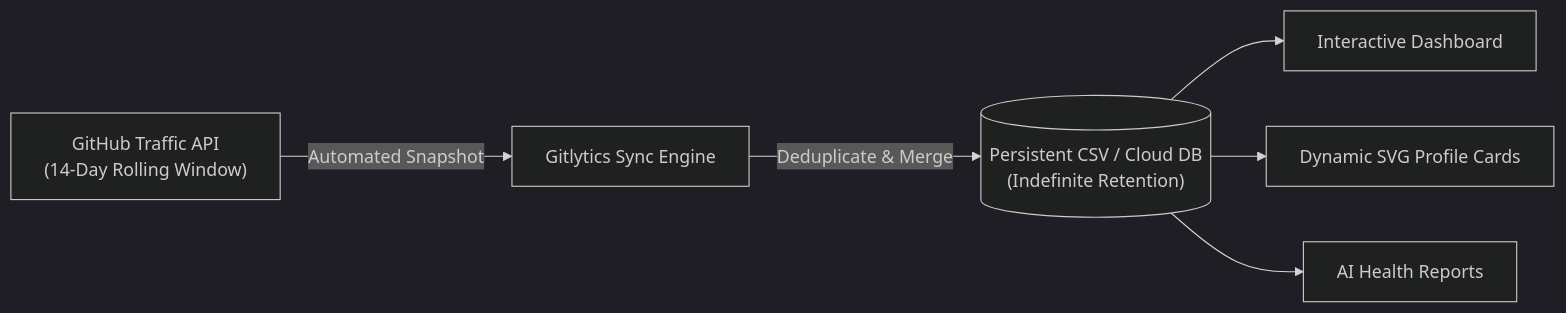
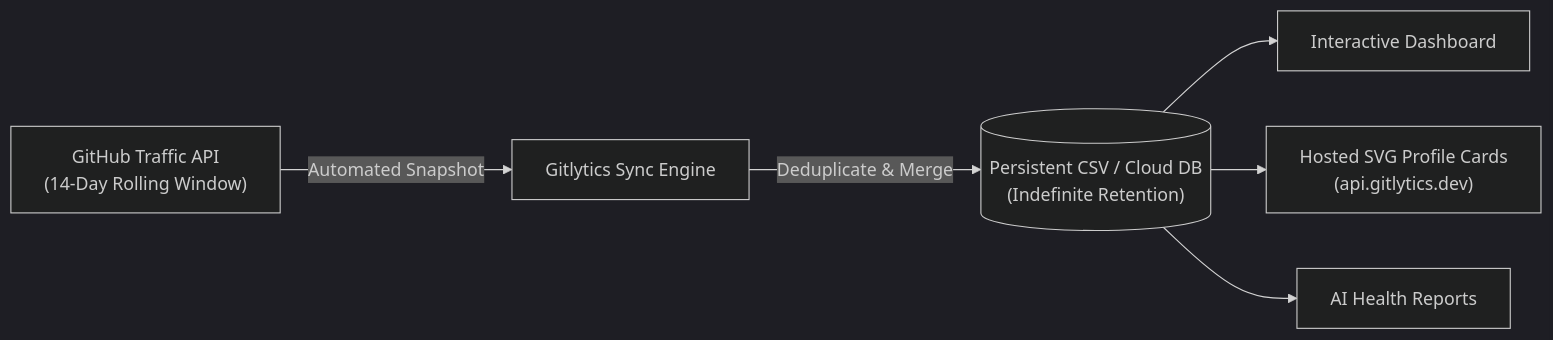
The diagram in README.md (ameyachopade/gitlytics), drawn with Mermaid (dark theme) before and after one commit. The commit also changed other lines of this file and 78 other files, not shown here.

````diff
--- a/README.md
+++ b/README.md
@@ -190,8 +152,8 @@
 ```mermaid
 flowchart LR
     A["GitHub Traffic API\n(14-Day Rolling Window)"] -->|Automated Snapshot| B["Gitlytics Sync Engine"]
     B -->|Deduplicate & Merge| C[("Persistent CSV / Cloud DB\n(Indefinite Retention)")]
     C --> D["Interactive Dashboard"]
-    C --> E["Dynamic SVG Profile Cards"]
+    C --> E["Hosted SVG Profile Cards\n(api.gitlytics.dev)"]
     C --> F["AI Health Reports"]
 ```
````
